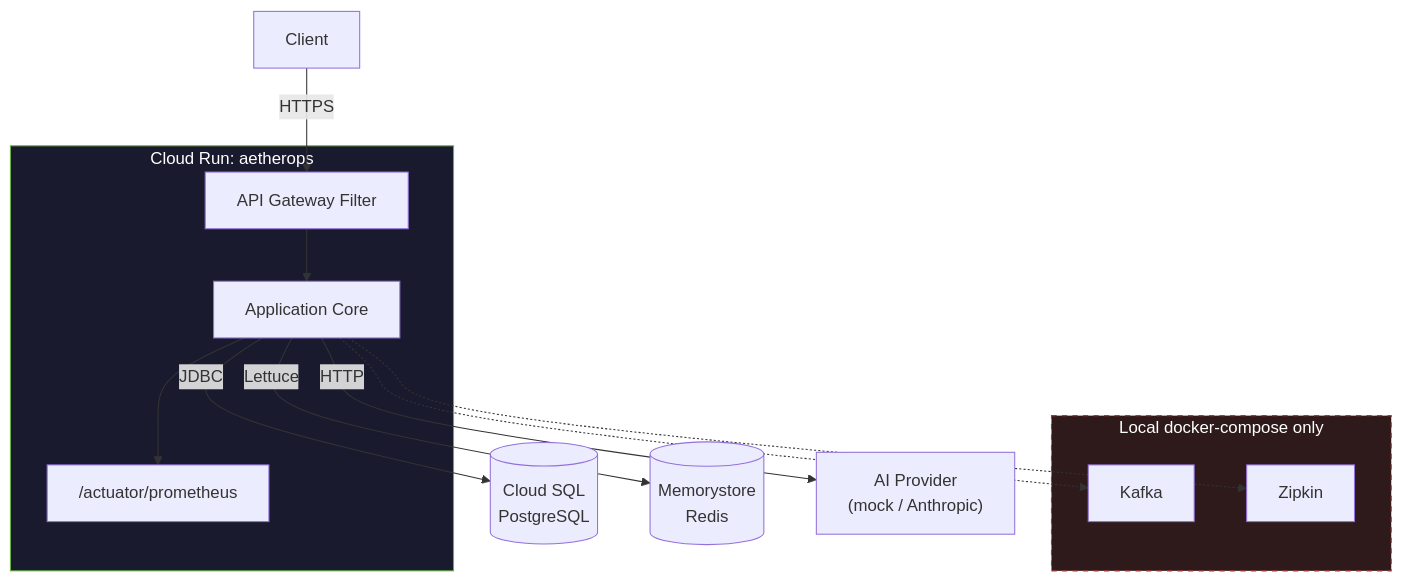
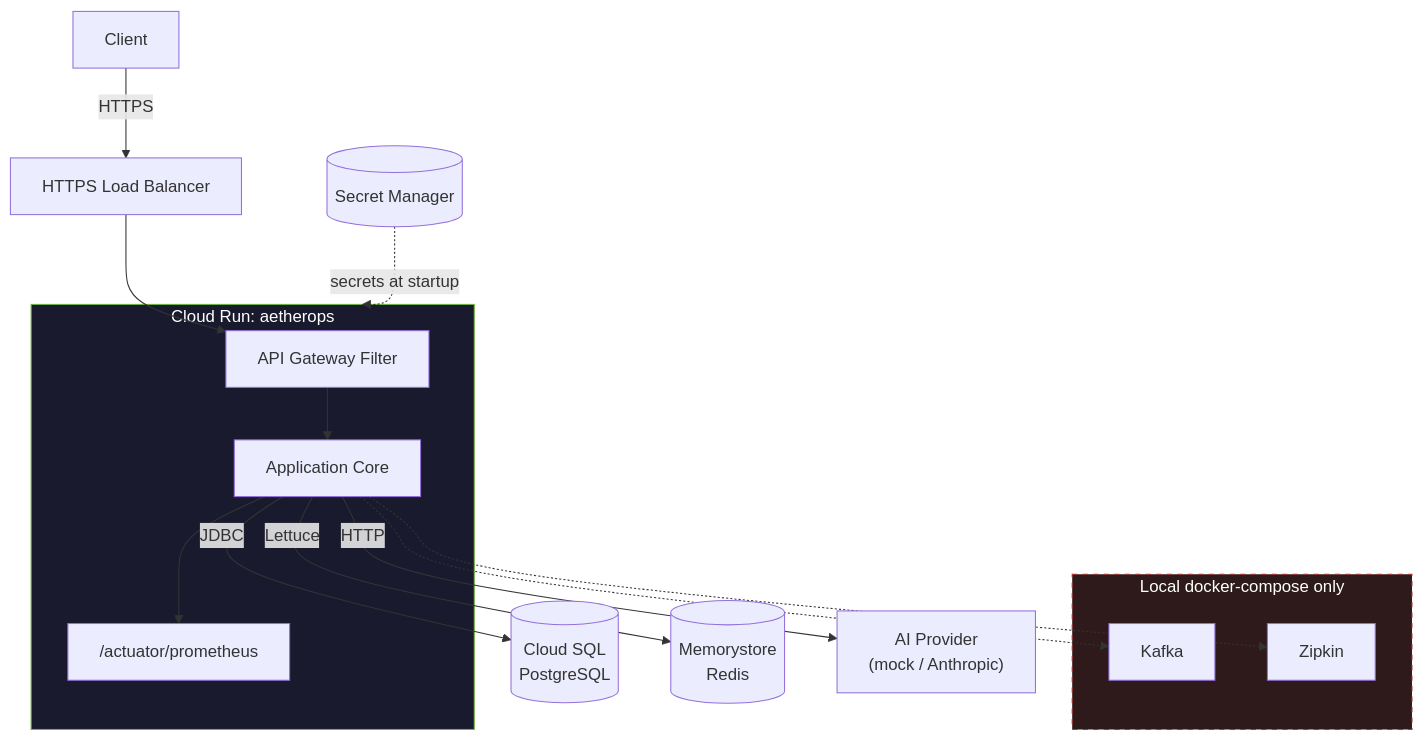
One commit to akhilleusn/aetherops changed the first of 2 diagrams in README.md. Above: the diagram before and after it, drawn with Mermaid. The commit also changed other lines of this file, not shown here.

First line of the commit message:
docs: add load balancer, Secret Manager, and deploy pipeline to README

````diff
--- a/README.md
+++ b/README.md
@@ -32,31 +32,35 @@
 ```mermaid
 flowchart TD
     Client["Client"]
+    LB["HTTPS Load Balancer"]
 
     subgraph app["Cloud Run: aetherops"]
         GW["API Gateway Filter"]
         Core["Application Core"]
         Metrics["/actuator/prometheus"]
     end
 
+    Secrets[("Secret Manager")]
     PG[("Cloud SQL\nPostgreSQL")]
     Redis[("Memorystore\nRedis")]
     AI["AI Provider\n(mock / Anthropic)"]
 
     subgraph localonly["Local docker-compose only"]
         Topic["Kafka"]
         ZipkinLocal["Zipkin"]
     end
 
-    Client -->|HTTPS| GW
+    Client -->|HTTPS| LB
+    LB --> GW
     GW --> Core
+    Secrets -.->|secrets at startup| app
     Core -->|JDBC| PG
     Core -->|Lettuce| Redis
     Core -->|HTTP| AI
     Core -.-> Topic
     Core -.-> ZipkinLocal
     Core --> Metrics
 
     style app fill:#1a1a2e,stroke:#6DB33F,color:#fff
     style localonly fill:#2e1a1a,stroke:#a33,color:#fff,stroke-dasharray: 5 5
 ```
````
